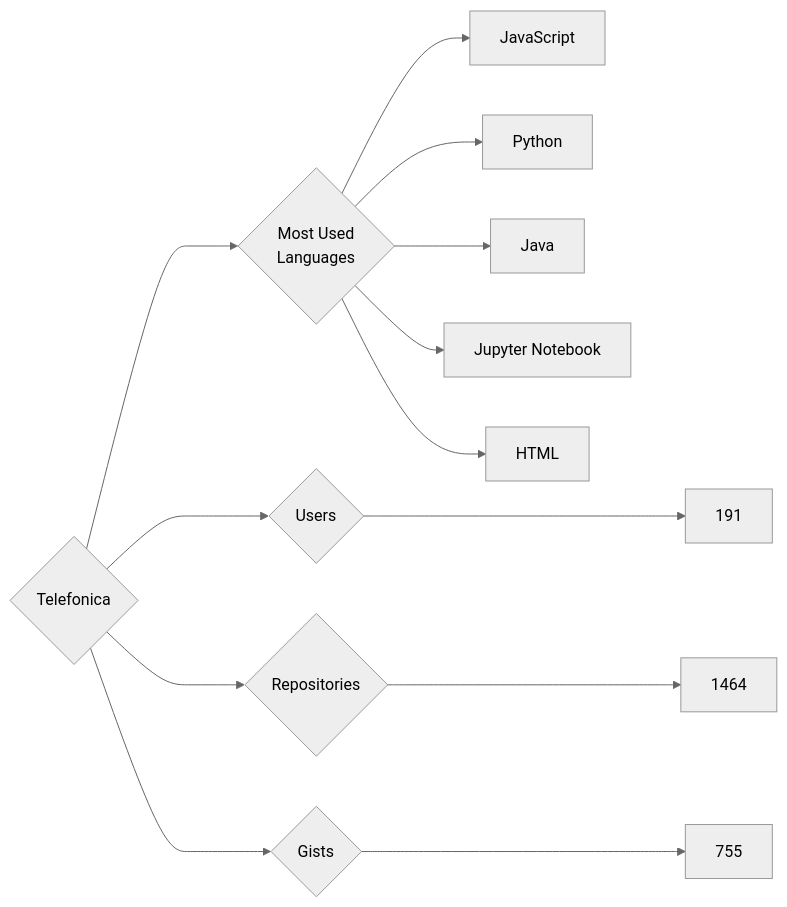
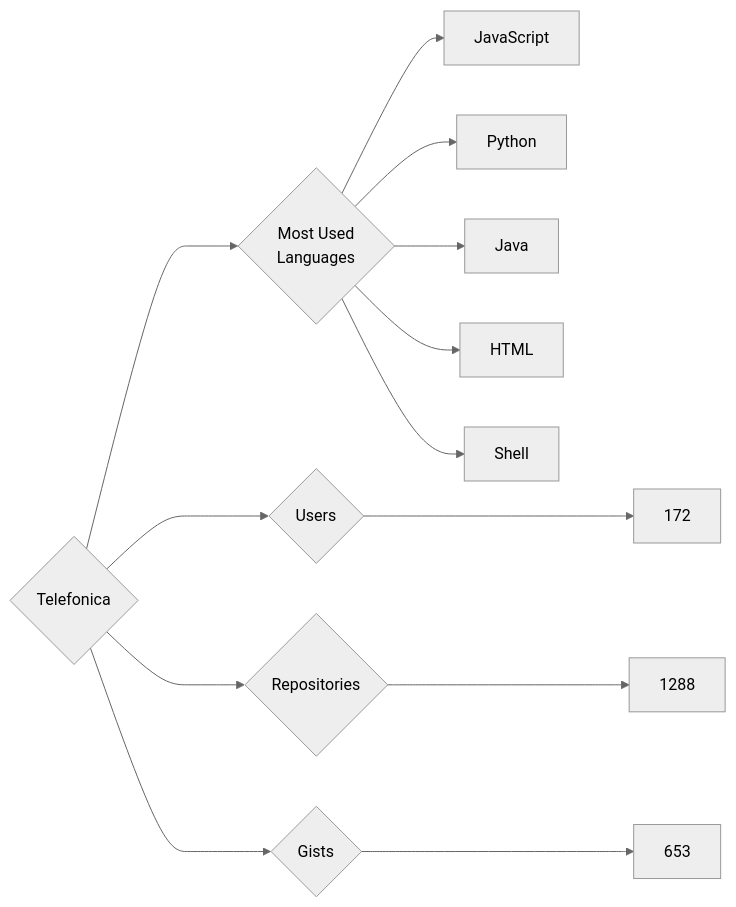
One commit to trickest/insiders changed the diagram in targets/Telefonica/README.md. Above: the diagram before and after it, drawn with Mermaid (neutral theme). The commit also changed 995 other files, not shown here.

````diff
--- a/targets/Telefonica/README.md
+++ b/targets/Telefonica/README.md
@@ -3,13 +3,13 @@
 ```mermaid
 graph LR
 COMPANY_NAME{Telefonica}
-COMPANY_NAME ---> U{Users} ---> UN[191]
-COMPANY_NAME ---> R{Repositories} ---> RN[1464]
-COMPANY_NAME ---> G{Gists} ---> GN[755]
+COMPANY_NAME ---> U{Users} ---> UN[172]
+COMPANY_NAME ---> R{Repositories} ---> RN[1288]
+COMPANY_NAME ---> G{Gists} ---> GN[653]
 COMPANY_NAME ---> ML{Most Used<br>Languages}
 ML --> JavaScript[JavaScript]
 ML --> Python[Python]
 ML --> Java[Java]
-ML --> Jupyter_Notebook[Jupyter Notebook]
 ML --> HTML[HTML]
+ML --> Shell[Shell]
 ```
````
